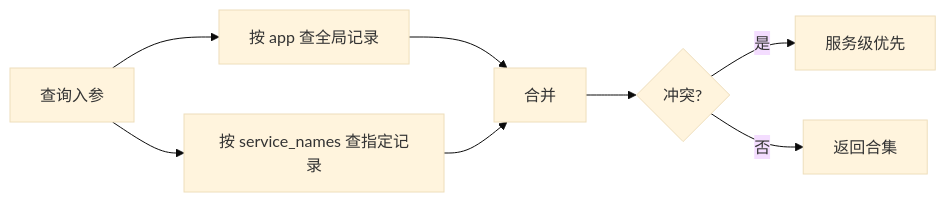
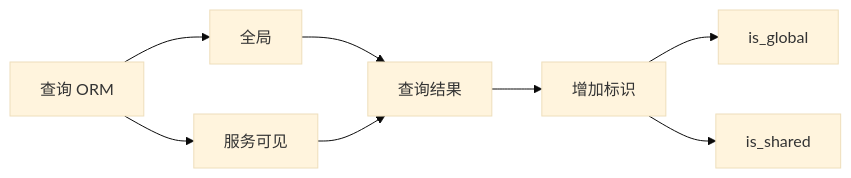
Before and after one commit to ZhuoZhuoCrayon/ai-workspace: the second of 4 diagrams in knowledge/bkmonitor/issues/2026-03-04-apm-app-level-config/PLAN.md, drawn with Mermaid (base theme). The commit also changed other lines of this file, not shown here.

First line of the commit message:
docs(bkmonitor): refine APM app-level config PLAN with scope conventions and update strategy

````diff
--- a/knowledge/bkmonitor/issues/2026-03-04-apm-app-level-config/PLAN.md
+++ b/knowledge/bkmonitor/issues/2026-03-04-apm-app-level-config/PLAN.md
@@ -66,10 +69,10 @@
 ```mermaid
 flowchart LR
-    A[查询入参] --> B[按 app 查全局记录]
-    A --> C[按 service_names 查指定记录]
-    B --> D[合并]
+    A[查询 ORM] --> B[全局]
+    A --> C[服务可见]
+    B --> D[查询结果]
     C --> D
-    D --> E{冲突?}
-    E -->|是| F[服务级优先]
-    E -->|否| G[返回合集]
+    D --> E[增加标识]
+    E --> F[is_global]
+    E --> G[is_shared]
 ```
````
